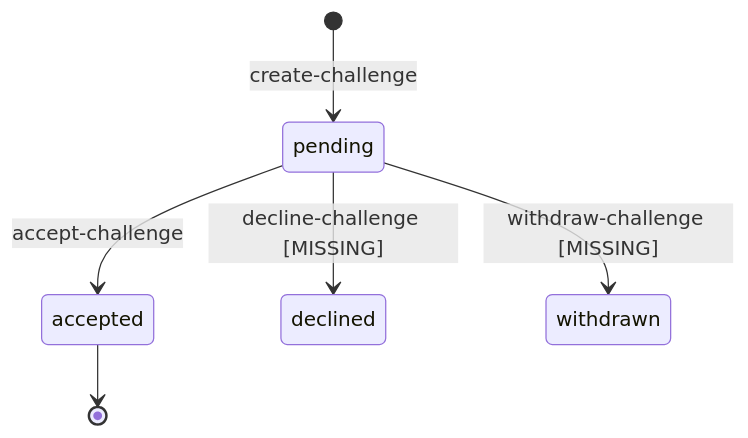
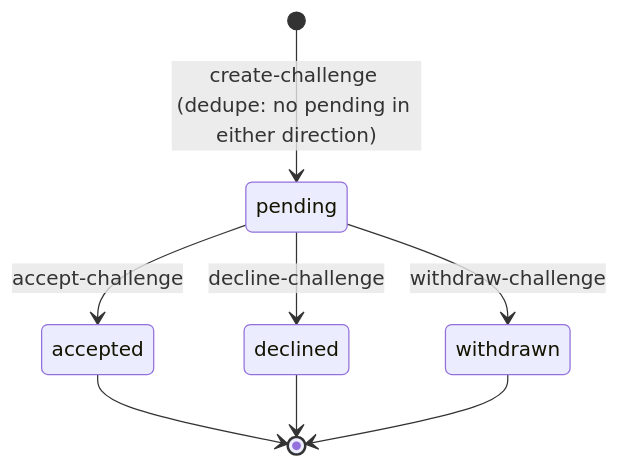
The third of 7 diagrams in docs/state-machines.md (tejasdc/chess-with-friends), drawn with Mermaid before and after one commit. The commit also changed other lines of this file, not shown here.

````diff
--- a/docs/state-machines.md
+++ b/docs/state-machines.md
@@ -267,8 +316,10 @@
 ```mermaid
 stateDiagram-v2
-  [*] --> pending: create-challenge
+  [*] --> pending: create-challenge (dedupe: no pending in either direction)
   pending --> accepted: accept-challenge
-  pending --> declined: decline-challenge [MISSING]
-  pending --> withdrawn: withdraw-challenge [MISSING]
+  pending --> declined: decline-challenge
+  pending --> withdrawn: withdraw-challenge
   accepted --> [*]
+  declined --> [*]
+  withdrawn --> [*]
 ```
````
